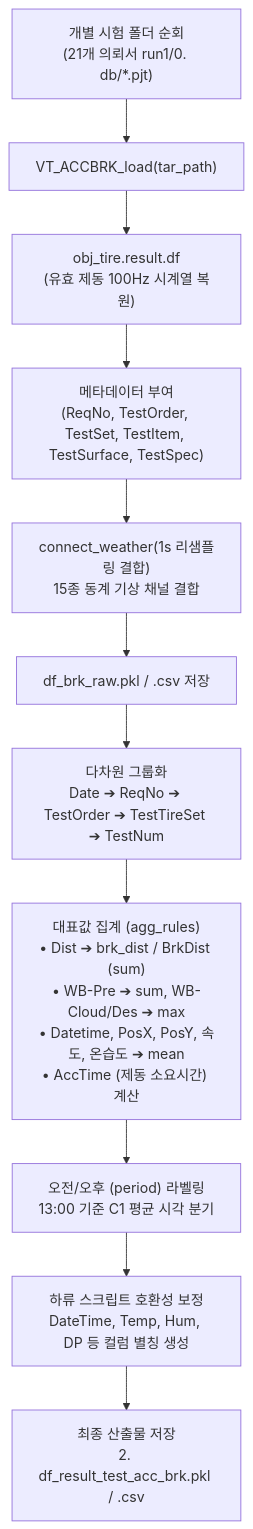
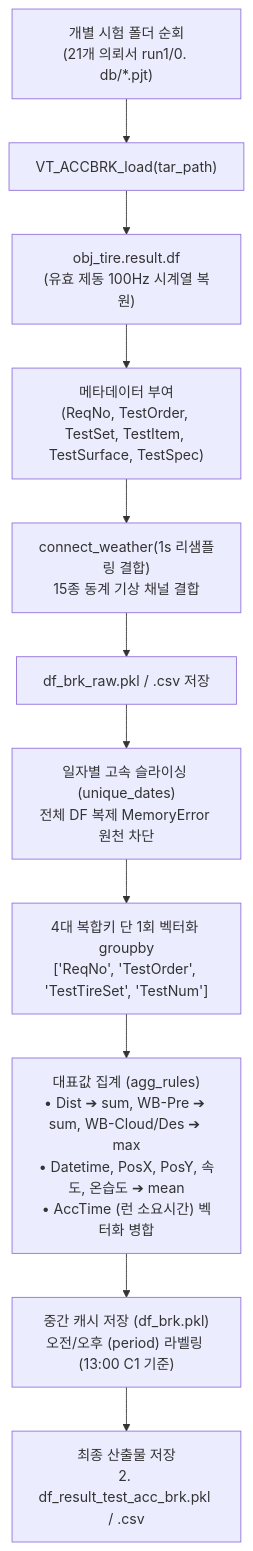
One commit to uunnooo/00_obsidian changed the first of 2 diagrams in 04_Resources/30_스노우_노면_공학/31_스노우_노면_디지털트윈_및_제동성능_보정_위키.md. Above: the diagram before and after it, drawn with Mermaid. The commit also changed other lines of this file and 93 other files, not shown here.

````diff
--- a/04_Resources/30_스노우_노면_공학/31_스노우_노면_디지털트윈_및_제동성능_보정_위키.md
+++ b/04_Resources/30_스노우_노면_공학/31_스노우_노면_디지털트윈_및_제동성능_보정_위키.md
@@ -93,14 +93,14 @@
 ```mermaid
 flowchart TD
     A["개별 시험 폴더 순회<br>(21개 의뢰서 run1/0. db/*.pjt)"] --> B["VT_ACCBRK_load(tar_path)"]
     B --> C["obj_tire.result.df<br>(유효 제동 100Hz 시계열 복원)"]
     C --> D["메타데이터 부여<br>(ReqNo, TestOrder, TestSet, TestItem, TestSurface, TestSpec)"]
     D --> E["connect_weather(1s 리샘플링 결합)<br>15종 동계 기상 채널 결합"]
     E --> F["df_brk_raw.pkl / .csv 저장"]
     
-    F --> G["다차원 그룹화<br>Date ➔ ReqNo ➔ TestOrder ➔ TestTireSet ➔ TestNum"]
-    G --> H["대표값 집계 (agg_rules)<br>• Dist ➔ brk_dist / BrkDist (sum)<br>• WB-Pre ➔ sum, WB-Cloud/Des ➔ max<br>• Datetime, PosX, PosY, 속도, 온습도 ➔ mean<br>• AccTime (제동 소요시간) 계산"]
-    H --> I["오전/오후 (period) 라벨링<br>13:00 기준 C1 평균 시각 분기"]
-    I --> J["하류 스크립트 호환성 보정<br>DateTime, Temp, Hum, DP 등 컬럼 별칭 생성"]
+    F --> G["일자별 고속 슬라이싱 (unique_dates)<br>전체 DF 복제 MemoryError 원천 차단"]
+    G --> H["4대 복합키 단 1회 벡터화 groupby<br>['ReqNo', 'TestOrder', 'TestTireSet', 'TestNum']"]
+    H --> I["대표값 집계 (agg_rules)<br>• Dist ➔ sum, WB-Pre ➔ sum, WB-Cloud/Des ➔ max<br>• Datetime, PosX, PosY, 속도, 온습도 ➔ mean<br>• AccTime (런 소요시간) 벡터화 병합"]
+    I --> J["중간 캐시 저장 (df_brk.pkl)<br>오전/오후 (period) 라벨링 (13:00 C1 기준)"]
     J --> K["최종 산출물 저장<br>2. df_result_test_acc_brk.pkl / .csv"]
 ```
````
